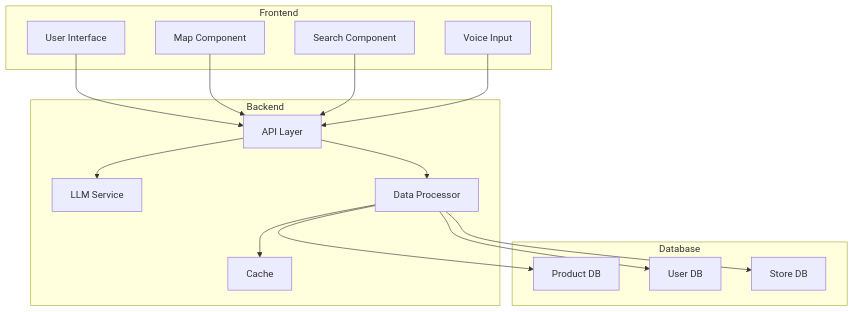
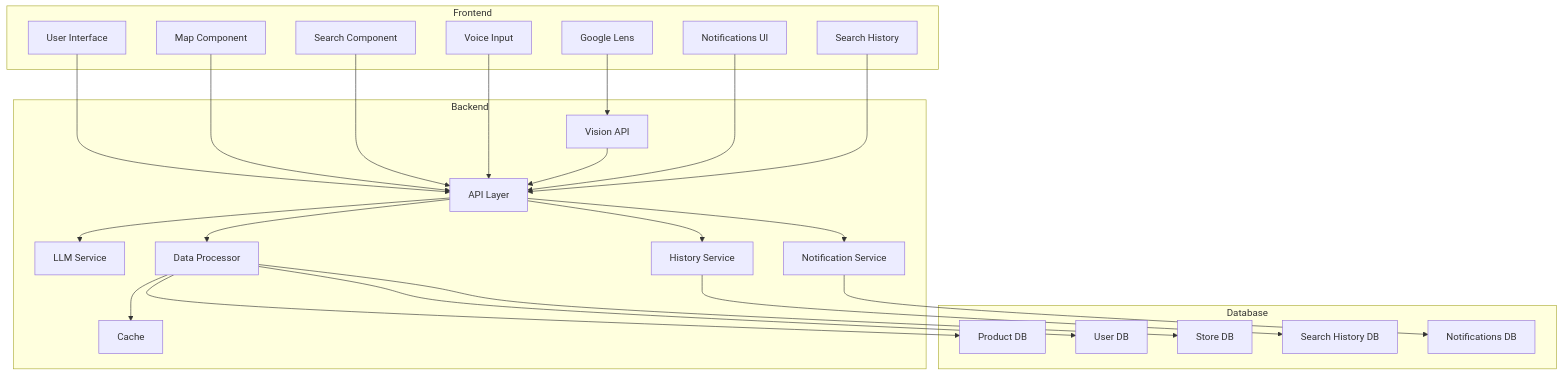
One commit to r04nx/obsidian changed the sixth of 7 diagrams in Work/SPIT Hackathon/Main Document.md. Above: the diagram before and after it, drawn with Mermaid. The commit also changed other lines of this file and 25 other files, not shown here.

````diff
--- a/Work/SPIT Hackathon/Main Document.md
+++ b/Work/SPIT Hackathon/Main Document.md
@@ -273,33 +340,49 @@
 ```mermaid
 graph TB
     subgraph Frontend
         UI[User Interface]
         MAP[Map Component]
         SEARCH[Search Component]
         VOICE[Voice Input]
+        LENS[Google Lens]
+        NOTIF[Notifications UI]
+        HIST[Search History]
     end
 
     subgraph Backend
         API[API Layer]
         LLM[LLM Service]
         PROC[Data Processor]
         CACHE[Cache]
+        VISION[Vision API]
+        NOTIFY[Notification Service]
+        HISTORY[History Service]
     end
 
     subgraph Database
         PROD[Product DB]
         USER[User DB]
         STORE[Store DB]
+        SRCH[Search History DB]
+        NTFY[Notifications DB]
     end
 
     UI --> API
     MAP --> API
     SEARCH --> API
     VOICE --> API
+    LENS --> VISION
+    VISION --> API
+    NOTIF --> API
+    HIST --> API
     API --> LLM
     API --> PROC
+    API --> NOTIFY
+    API --> HISTORY
     PROC --> CACHE
     PROC --> PROD
     PROC --> USER
     PROC --> STORE
+    HISTORY --> SRCH
+    NOTIFY --> NTFY
 ```
````
